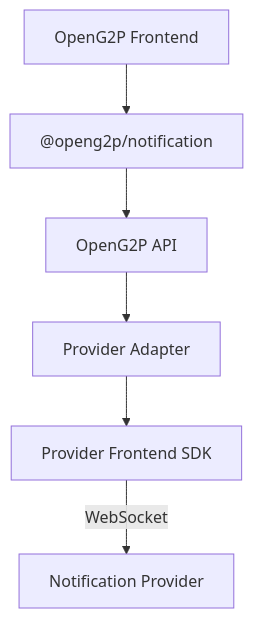
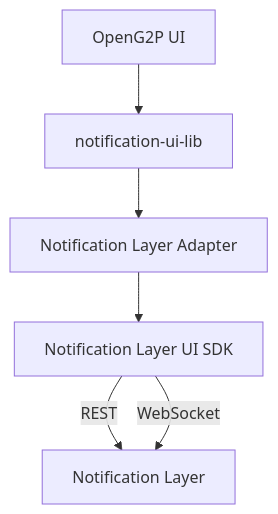
One commit to OpenG2P/openg2p-documentation changed the fourth of 9 diagrams in platform/platform-services/notification/notification-architecture.md. Above: the diagram before and after it, drawn with Mermaid. The commit also changed other lines of this file and 1 other file, not shown here.

Commit message:
G2P-5694 refactor: notification architecture design documentation

````diff
--- a/platform/platform-services/notification/notification-architecture.md
+++ b/platform/platform-services/notification/notification-architecture.md
@@ -205,12 +119,12 @@
 ```mermaid
 flowchart TB
-    Frontend["OpenG2P Frontend"]
-    Package["@openg2p/notification"]
-    API["OpenG2P API"]
-    Adapter["Provider Adapter"]
-    SDK["Provider Frontend SDK"]
-    Provider["Notification Provider"]
+    UI["OpenG2P UI"]
+    Package["notification-ui-lib"]
+    Adapter["Notification Layer Adapter"]
+    SDK["Notification Layer UI SDK"]
+    Layer["Notification Layer"]
 
-    Frontend --> Package --> API --> Adapter --> SDK
-    SDK -->|WebSocket| Provider
+    UI --> Package --> Adapter --> SDK
+    SDK -->|"REST"| Layer
+    SDK -->|"WebSocket"| Layer
 ```
````
